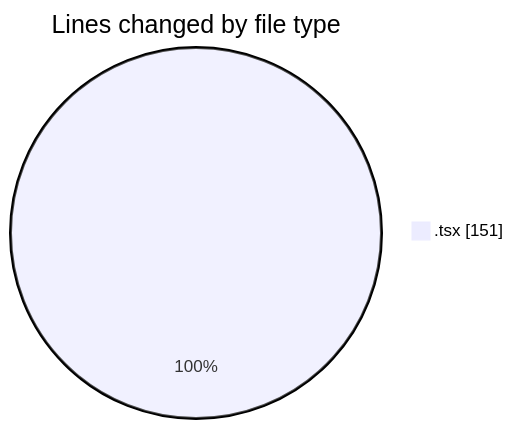
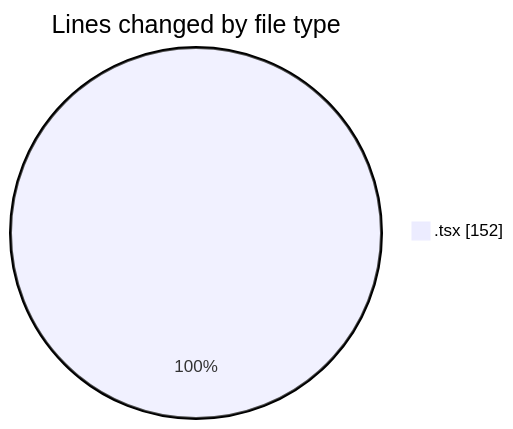
Before and after one commit to momahboobian/code-tracking: the first of 2 diagrams in 2025-02-24/pdf-analysis-app/README.md, drawn with Mermaid. The commit also changed other lines of this file and 1 other file, not shown here.

````diff
--- a/2025-02-24/pdf-analysis-app/README.md
+++ b/2025-02-24/pdf-analysis-app/README.md
@@ -20,5 +20,5 @@
 ```mermaid
 pie showData
 title Lines changed by file type
-".tsx" : 151
+".tsx" : 152
 ```
````
